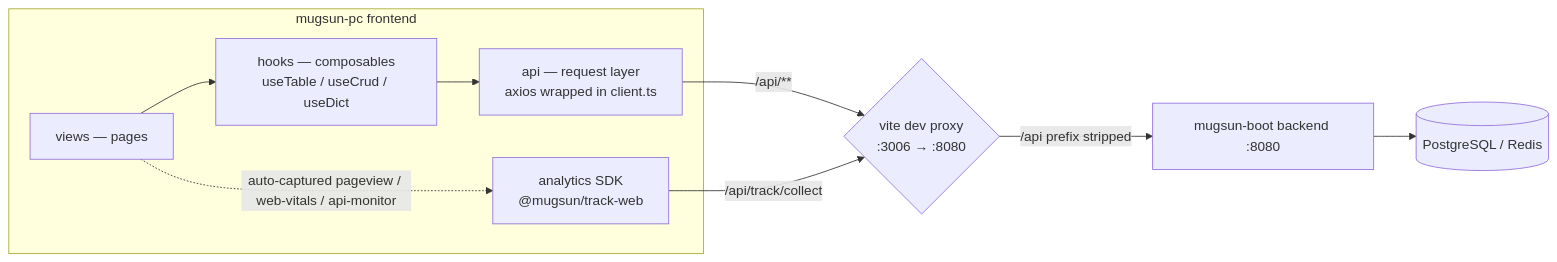
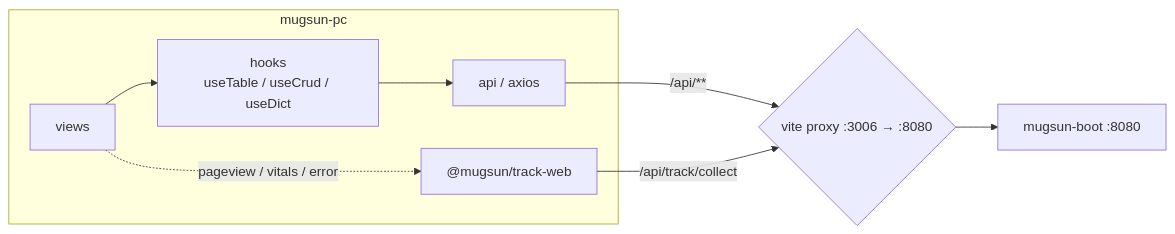
One commit to mugsun/mugsun-pc changed the diagram in README_EN.md. Above: the diagram before and after it, drawn with Mermaid. The commit also changed other lines of this file and 1 other file, not shown here.

````diff
--- a/README_EN.md
+++ b/README_EN.md
@@ -25,12 +39,11 @@
 ```mermaid
 flowchart LR
-    subgraph FE[mugsun-pc frontend]
-        V[views — pages] --> H[hooks — composables<br/>useTable / useCrud / useDict]
-        H --> A[api — request layer<br/>axios wrapped in client.ts]
-        V -. auto-captured pageview / web-vitals / api-monitor .-> T[analytics SDK<br/>@mugsun/track-web]
-    end
-    A -- /api/** --> P{vite dev proxy<br/>:3006 → :8080}
-    T -- /api/track/collect --> P
-    P -- /api prefix stripped --> B[mugsun-boot backend :8080]
-    B --> DB[(PostgreSQL / Redis)]
+  subgraph FE[mugsun-pc]
+    V[views] --> H[hooks<br/>useTable / useCrud / useDict]
+    H --> A[api / axios]
+    V -. pageview / vitals / error .-> T["@mugsun/track-web"]
+  end
+  A -- /api/** --> P{vite proxy :3006 → :8080}
+  T -- /api/track/collect --> P
+  P --> B[mugsun-boot :8080]
 ```
````
